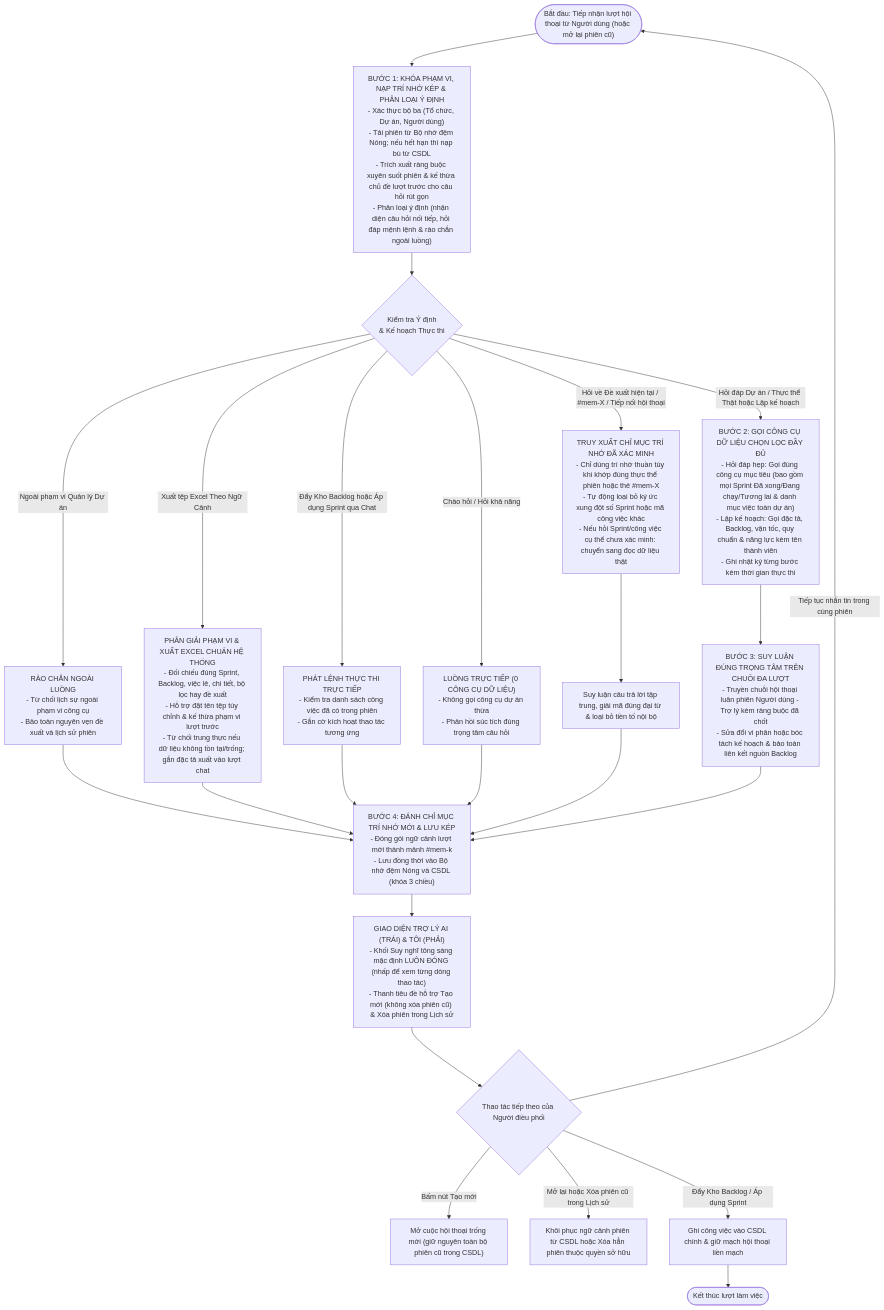
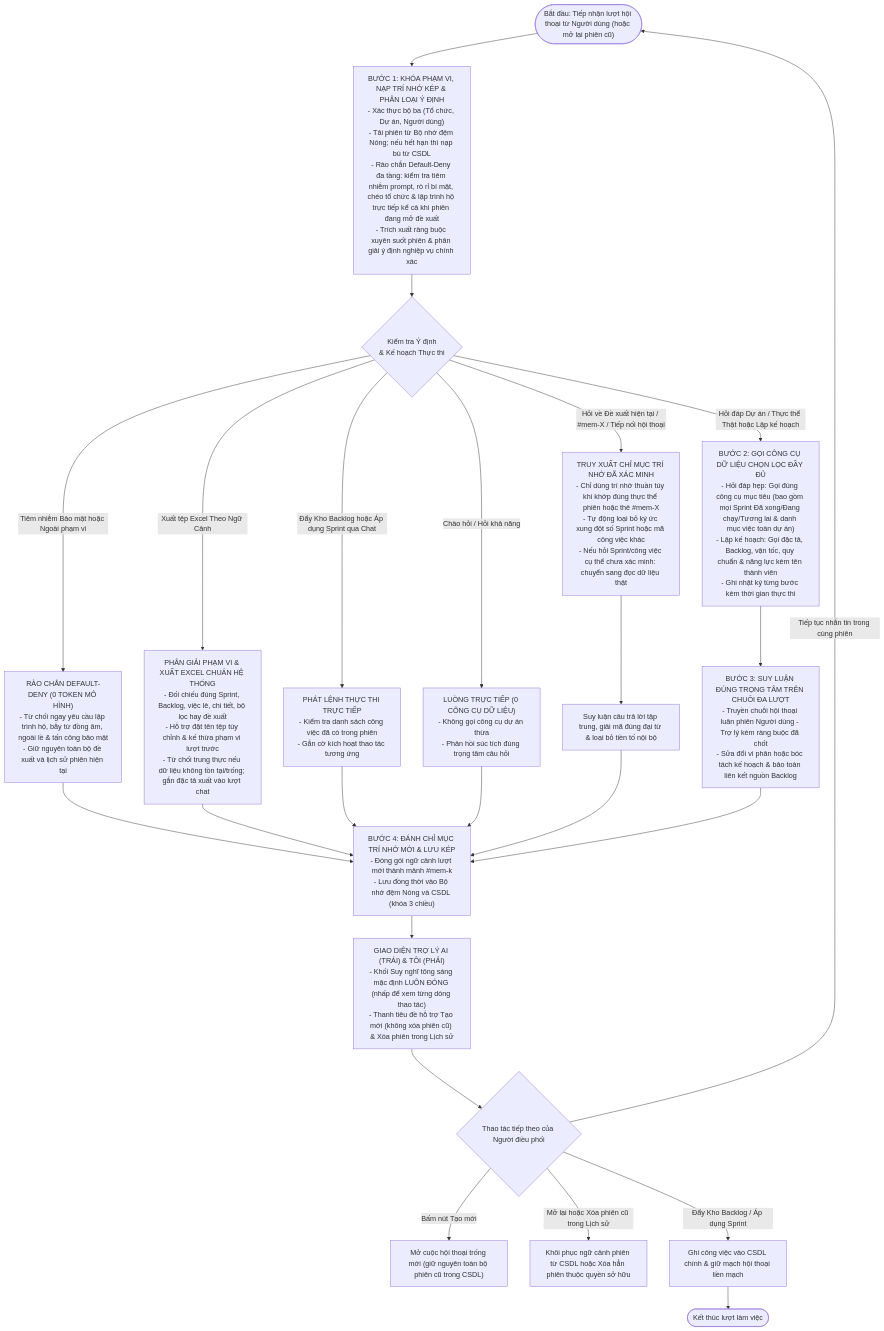
One commit to TranHoang2k40525/ProjectMgmt changed the second of 2 diagrams in docs/ai/02-so-do-tuan-tu-va-hoat-dong.md. Above: the diagram before and after it, drawn with Mermaid. The commit also changed other lines of this file and 7 other files, not shown here.

Commit message:
fix(ai-guardrail): áp dụng rào chắn phạm vi Default-Deny chặn lập trình hộ và kiểm chứng 1.000 hành vi

````diff
--- a/docs/ai/02-so-do-tuan-tu-va-hoat-dong.md
+++ b/docs/ai/02-so-do-tuan-tu-va-hoat-dong.md
@@ -137,38 +137,38 @@
 ```mermaid
 flowchart TD
-    Start(["Bắt đầu: Tiếp nhận lượt hội thoại từ Người dùng (hoặc mở lại phiên cũ)"]) --> Step1["BƯỚC 1: KHÓA PHẠM VI, NẠP TRÍ NHỚ KÉP & PHÂN LOẠI Ý ĐỊNH\n- Xác thực bộ ba (Tổ chức, Dự án, Người dùng)\n- Tải phiên từ Bộ nhớ đệm Nóng; nếu hết hạn thì nạp bù từ CSDL\n- Trích xuất ràng buộc xuyên suốt phiên & kế thừa chủ đề lượt trước cho câu hỏi rút gọn\n- Phân loại ý định (nhận diện câu hỏi nối tiếp, hỏi đáp mệnh lệnh & rào chắn ngoài luồng)"]
+    Start(["Bắt đầu: Tiếp nhận lượt hội thoại từ Người dùng (hoặc mở lại phiên cũ)"]) --> Step1["BƯỚC 1: KHÓA PHẠM VI, NẠP TRÍ NHỚ KÉP & PHÂN LOẠI Ý ĐỊNH\n- Xác thực bộ ba (Tổ chức, Dự án, Người dùng)\n- Tải phiên từ Bộ nhớ đệm Nóng; nếu hết hạn thì nạp bù từ CSDL\n- Rào chắn Default-Deny đa tầng: kiểm tra tiêm nhiễm prompt, rò rỉ bí mật, chéo tổ chức & lập trình hộ trực tiếp kể cả khi phiên đang mở đề xuất\n- Trích xuất ràng buộc xuyên suốt phiên & phân giải ý định nghiệp vụ chính xác"]
 
     Step1 --> GuardIntent{"Kiểm tra Ý định\n& Kế hoạch Thực thi"}
 
-    GuardIntent -- "Ngoài phạm vi Quản lý Dự án" --> RefuseOut["RÀO CHẮN NGOÀI LUỒNG\n- Từ chối lịch sự ngoài phạm vi công cụ\n- Bảo toàn nguyên vẹn đề xuất và lịch sử phiên"]
+    GuardIntent -- "Tiêm nhiễm Bảo mật hoặc Ngoài phạm vi" --> RefuseOut["RÀO CHẮN DEFAULT-DENY (0 TOKEN MÔ HÌNH)\n- Từ chối ngay yêu cầu lập trình hộ, bẫy từ đồng âm, ngoài lề & tấn công bảo mật\n- Giữ nguyên toàn bộ đề xuất và lịch sử phiên hiện tại"]
     RefuseOut --> SaveDual
 
     GuardIntent -- "Xuất tệp Excel Theo Ngữ Cảnh" --> ExportExcel["PHÂN GIẢI PHẠM VI & XUẤT EXCEL CHUẨN HỆ THỐNG\n- Đối chiếu đúng Sprint, Backlog, việc lẻ, chi tiết, bộ lọc hay đề xuất\n- Hỗ trợ đặt tên tệp tùy chỉnh & kế thừa phạm vi lượt trước\n- Từ chối trung thực nếu dữ liệu không tồn tại/trống; gắn đặc tả xuất vào lượt chat"]
     ExportExcel --> SaveDual
 
     GuardIntent -- "Đẩy Kho Backlog hoặc Áp dụng Sprint qua Chat" --> AutoTrigger["PHÁT LỆNH THỰC THI TRỰC TIẾP\n- Kiểm tra danh sách công việc đã có trong phiên\n- Gắn cờ kích hoạt thao tác tương ứng"]
     AutoTrigger --> SaveDual
 
     GuardIntent -- "Chào hỏi / Hỏi khả năng" --> ZeroMcp["LUỒNG TRỰC TIẾP (0 CÔNG CỤ DỮ LIỆU)\n- Không gọi công cụ dự án thừa\n- Phản hồi súc tích đúng trọng tâm câu hỏi"]
     ZeroMcp --> SaveDual
 
     GuardIntent -- "Hỏi về Đề xuất hiện tại / #mem-X / Tiếp nối hội thoại" --> RecallOnly["TRUY XUẤT CHỈ MỤC TRÍ NHỚ ĐÃ XÁC MINH\n- Chỉ dùng trí nhớ thuần túy khi khớp đúng thực thể phiên hoặc thẻ #mem-X\n- Tự động loại bỏ ký ức xung đột số Sprint hoặc mã công việc khác\n- Nếu hỏi Sprint/công việc cụ thể chưa xác minh: chuyển sang đọc dữ liệu thật"]
     RecallOnly --> Step4Focus["Suy luận câu trả lời tập trung, giải mã đúng đại từ & loại bỏ tiền tố nội bộ"]
     Step4Focus --> SaveDual
 
     GuardIntent -- "Hỏi đáp Dự án / Thực thể Thật hoặc Lập kế hoạch" --> Step2["BƯỚC 2: GỌI CÔNG CỤ DỮ LIỆU CHỌN LỌC ĐẦY ĐỦ\n- Hỏi đáp hẹp: Gọi đúng công cụ mục tiêu (bao gồm mọi Sprint Đã xong/Đang chạy/Tương lai & danh mục việc toàn dự án)\n- Lập kế hoạch: Gọi đặc tả, Backlog, vận tốc, quy chuẩn & năng lực kèm tên thành viên\n- Ghi nhật ký từng bước kèm thời gian thực thi"]
 
     Step2 --> Step4["BƯỚC 3: SUY LUẬN ĐÚNG TRỌNG TÂM TRÊN CHUỖI ĐA LƯỢT\n- Truyền chuỗi hội thoại luân phiên Người dùng - Trợ lý kèm ràng buộc đã chốt\n- Sửa đổi vi phân hoặc bóc tách kế hoạch & bảo toàn liên kết nguồn Backlog"]
 
     Step4 --> SaveDual["BƯỚC 4: ĐÁNH CHỈ MỤC TRÍ NHỚ MỚI & LƯU KÉP\n- Đóng gói ngữ cảnh lượt mới thành mảnh #mem-k\n- Lưu đồng thời vào Bộ nhớ đệm Nóng và CSDL (khóa 3 chiều)"]
 
     SaveDual --> DisplayUI["GIAO DIỆN TRỢ LÝ AI (TRÁI) & TÔI (PHẢI)\n- Khối Suy nghĩ tông sáng mặc định LUÔN ĐÓNG (nhấp để xem từng dòng thao tác)\n- Thanh tiêu đề hỗ trợ Tạo mới (không xóa phiên cũ) & Xóa phiên trong Lịch sử"]
 
     DisplayUI --> UserAction{"Thao tác tiếp theo của Người điều phối"}
 
     UserAction -- "Tiếp tục nhắn tin trong cùng phiên" --> Start
     UserAction -- "Bấm nút Tạo mới" --> NewBlank["Mở cuộc hội thoại trống mới (giữ nguyên toàn bộ phiên cũ trong CSDL)"]
     UserAction -- "Mở lại hoặc Xóa phiên cũ trong Lịch sử" --> ManageHist["Khôi phục ngữ cảnh phiên từ CSDL hoặc Xóa hẳn phiên thuộc quyền sở hữu"]
     UserAction -- "Đẩy Kho Backlog / Áp dụng Sprint" --> CommitDB["Ghi công việc vào CSDL chính & giữ mạch hội thoại liền mạch"]
     CommitDB --> Finish(["Kết thúc lượt làm việc"])
 ```
````
